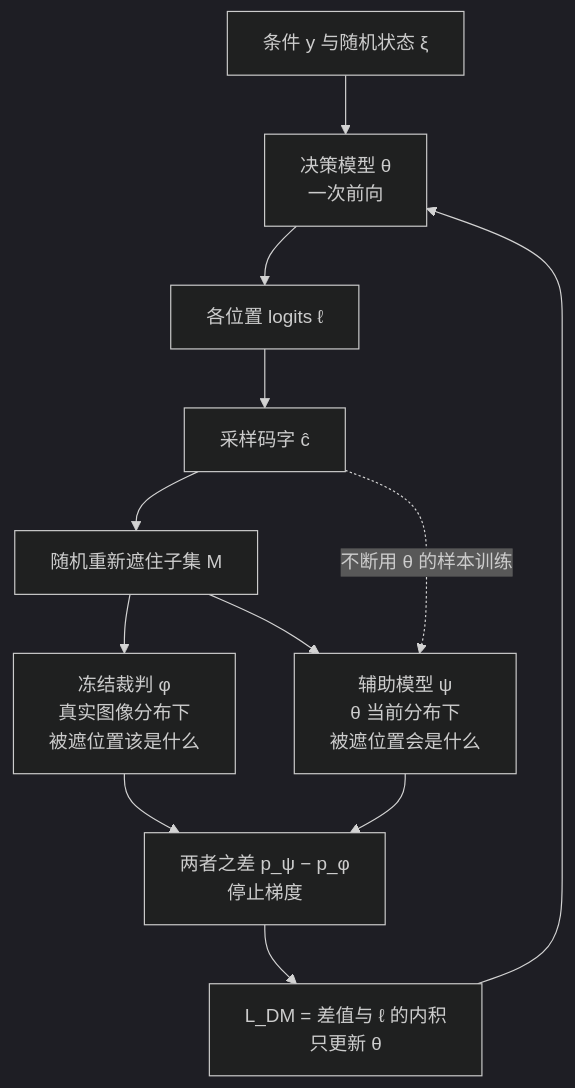
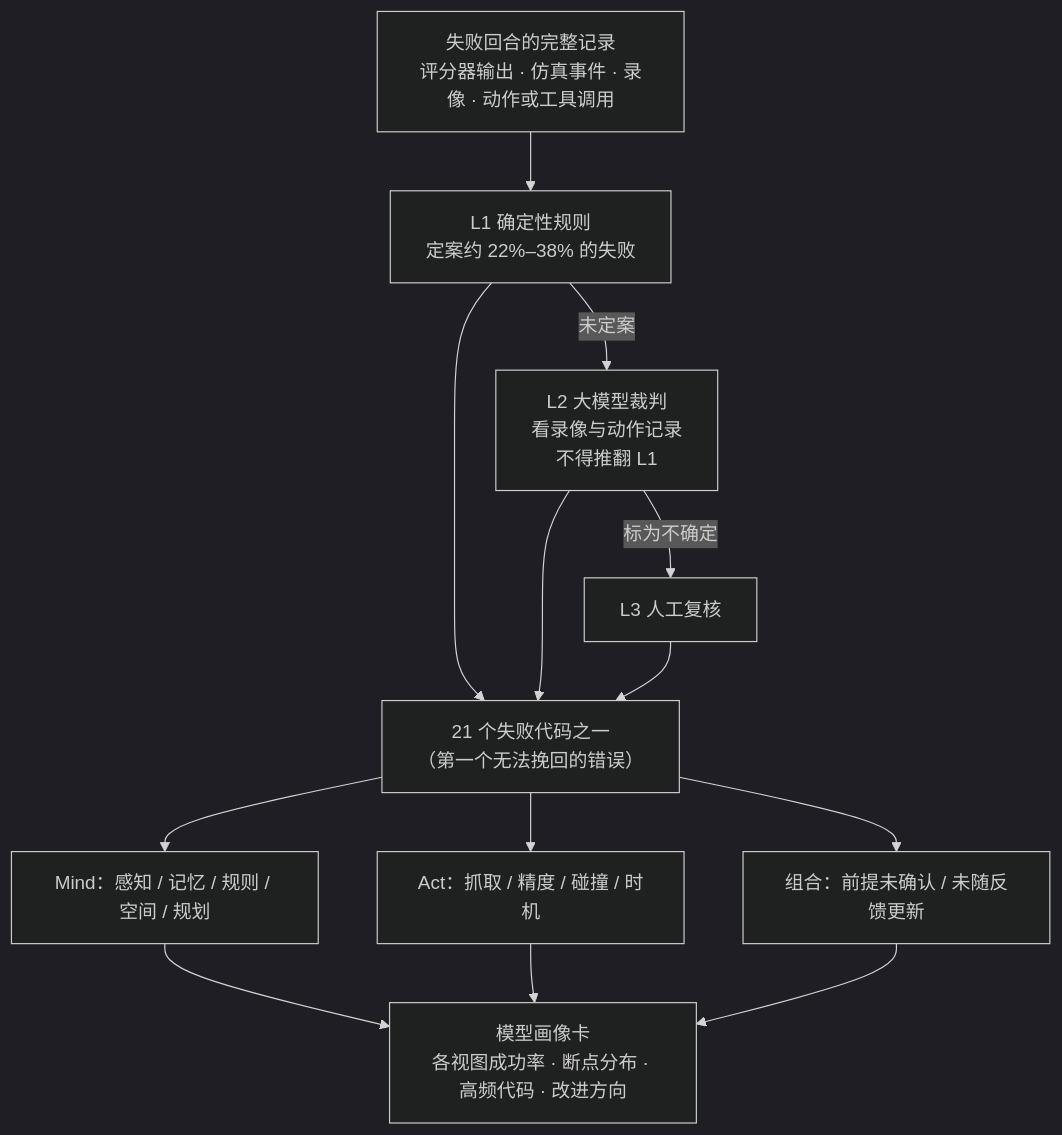
Before and after one commit to yingwang/paper-reads: the fourth of 4 diagrams in docs/index.md, drawn with Mermaid (dark theme). The commit also changed other lines of this file and 2 other files, not shown here.

First line of the commit message:
Add 2026-11-20-mind2act-world-diagnostic-benchmark

````diff
--- a/docs/index.md
+++ b/docs/index.md
@@ -206,14 +151,15 @@
 ```mermaid
 flowchart TB
-    Y["条件 y 与随机状态 ξ"] --> TH["决策模型 θ<br/>一次前向"]
-    TH --> L["各位置 logits ℓ"]
-    L --> S["采样码字 ĉ"]
-    S --> RM["随机重新遮住子集 M"]
-    RM --> PHI["冻结裁判 φ<br/>真实图像分布下<br/>被遮位置该是什么"]
-    RM --> PSI["辅助模型 ψ<br/>θ 当前分布下<br/>被遮位置会是什么"]
-    S -.->|不断用 θ 的样本训练| PSI
-    PHI --> DIFF["两者之差 p_ψ − p_φ<br/>停止梯度"]
-    PSI --> DIFF
-    DIFF --> LOSS["L_DM = 差值与 ℓ 的内积<br/>只更新 θ"]
-    LOSS --> TH
+    F["失败回合的完整记录<br/>评分器输出 · 仿真事件 · 录像 · 动作或工具调用"] --> L1["L1 确定性规则<br/>定案约 22%–38% 的失败"]
+    L1 -->|"未定案"| L2["L2 大模型裁判<br/>看录像与动作记录<br/>不得推翻 L1"]
+    L2 -->|"标为不确定"| L3["L3 人工复核"]
+    L1 --> K["21 个失败代码之一<br/>（第一个无法挽回的错误）"]
+    L2 --> K
+    L3 --> K
+    K --> G1["Mind：感知 / 记忆 / 规则 / 空间 / 规划"]
+    K --> G2["Act：抓取 / 精度 / 碰撞 / 时机"]
+    K --> G3["组合：前提未确认 / 未随反馈更新"]
+    G1 --> CARD["模型画像卡<br/>各视图成功率 · 断点分布 · 高频代码 · 改进方向"]
+    G2 --> CARD
+    G3 --> CARD
 ```
````
